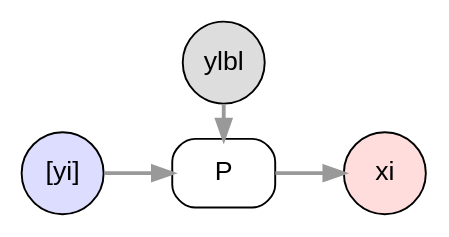
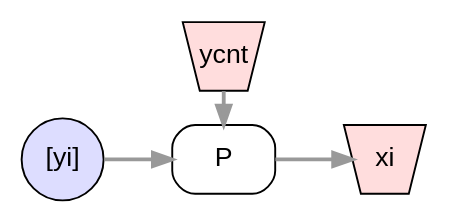
The diagram in opal/ProductsPack.dot (drautzburg/currychicken), drawn with Graphviz before and after one commit. The commit also changed 3 other files, not shown here.

```diff
--- a/opal/ProductsPack.dot
+++ b/opal/ProductsPack.dot
@@ -1,27 +1,27 @@
 digraph d {
 	node [fontname = "Arial"];
 	edge [fontname = "Arial", fontsize=11,color="#999999", penwidth=2, weight=1];
 
 	rankdir=LR
 	subgraph list {
 		node [shape=circle, style=filled, fillcolor="#DDDDFF", fixedsize=true, width=0.6]
 		yi[label="[yi]"]
 		}
 	subgraph nest {
-		node [shape=circle, style=filled, fillcolor="#FFDDDD", fixedsize=true, width=0.6]
+		node [shape=invtrapezium, style=filled, fillcolor="#FFDDDD", fixedsize=true, width=0.6]
 		xi 
+		ylbl[label=ycnt]
 		}
 	subgraph others {
 		node [shape=circle, style=filled, fillcolor="#DDDDDD", fixedsize=true, width=0.6]
-		ylbl
 	}				
 	subgraph process {
 		node [shape=box, style=rounded]
 		P
 	}
 	{rank=same; ylbl P}
 ylbl->P		       
 yi->P
 P->xi
 
 }
```
